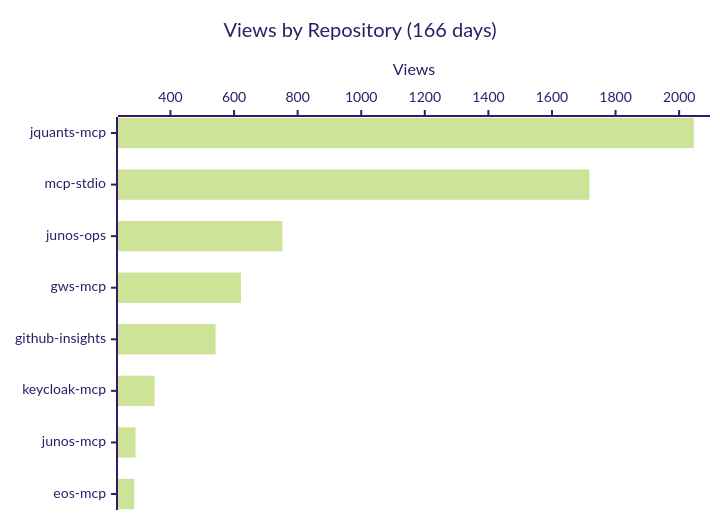
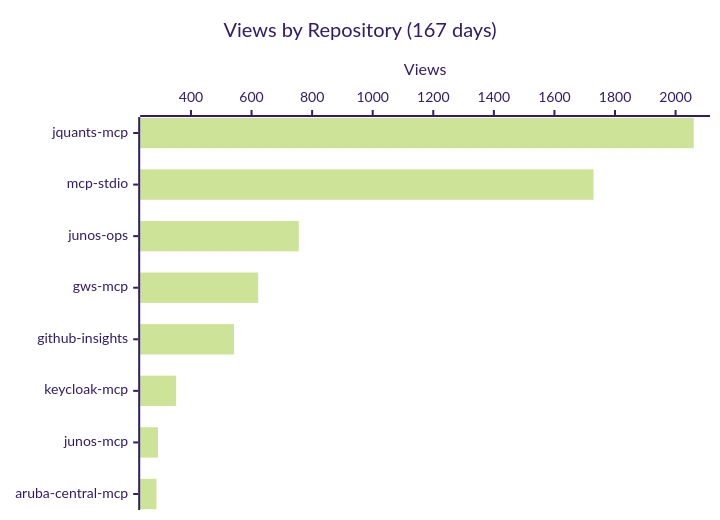
One commit to shigechika/github-insights changed the first of 4 diagrams in README.md. Above: the diagram before and after it, drawn with Mermaid (forest theme). The commit also changed other lines of this file and 2 other files, not shown here.

````diff
--- a/README.md
+++ b/README.md
@@ -18,7 +18,7 @@
 ```mermaid
 xychart-beta horizontal
-    title "Views by Repository (166 days)"
-    x-axis ["jquants-mcp", "mcp-stdio", "junos-ops", "gws-mcp", "github-insights", "keycloak-mcp", "junos-mcp", "eos-mcp"]
+    title "Views by Repository (167 days)"
+    x-axis ["jquants-mcp", "mcp-stdio", "junos-ops", "gws-mcp", "github-insights", "keycloak-mcp", "junos-mcp", "aruba-central-mcp"]
     y-axis "Views"
-    bar [2046, 1718, 752, 622, 542, 350, 290, 286]
+    bar [2060, 1729, 756, 622, 542, 351, 291, 286]
 ```
````
